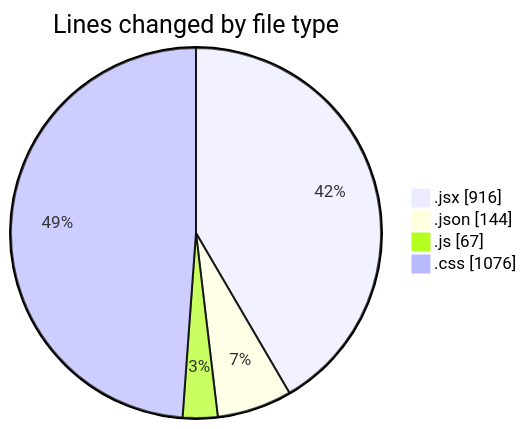
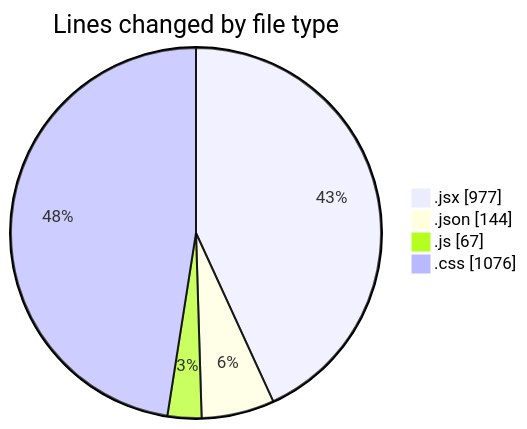
Before and after one commit to BS-eng2023/code-tracking: the first of 2 diagrams in 2025-05-04/project/README.md, drawn with Mermaid. The commit also changed other lines of this file and 1 other file, not shown here.

````diff
--- a/2025-05-04/project/README.md
+++ b/2025-05-04/project/README.md
@@ -35,8 +35,8 @@
 ```mermaid
 pie showData
 title Lines changed by file type
-".jsx" : 916
+".jsx" : 977
 ".json" : 144
 ".js" : 67
 ".css" : 1076
 ```
````
